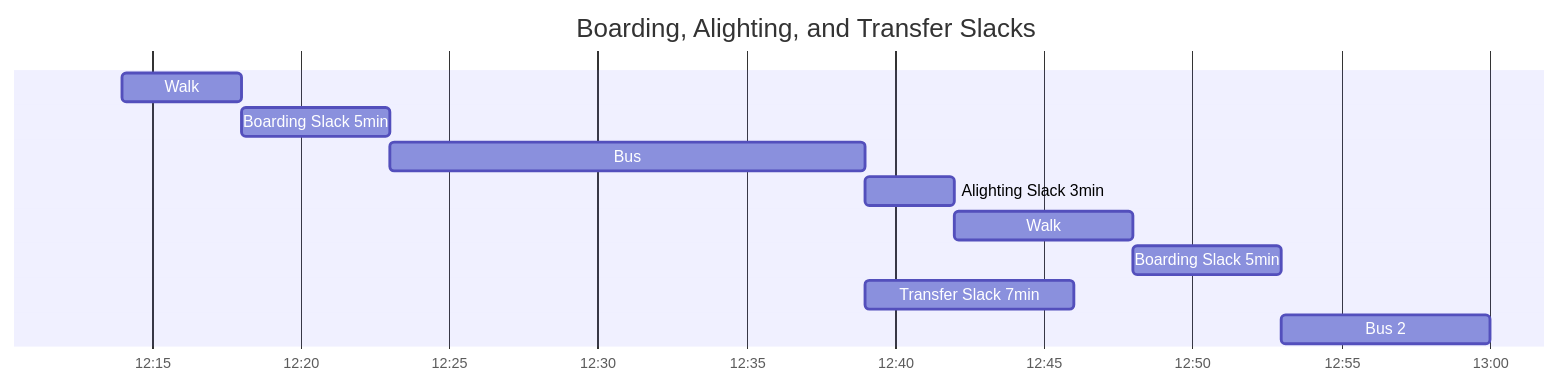
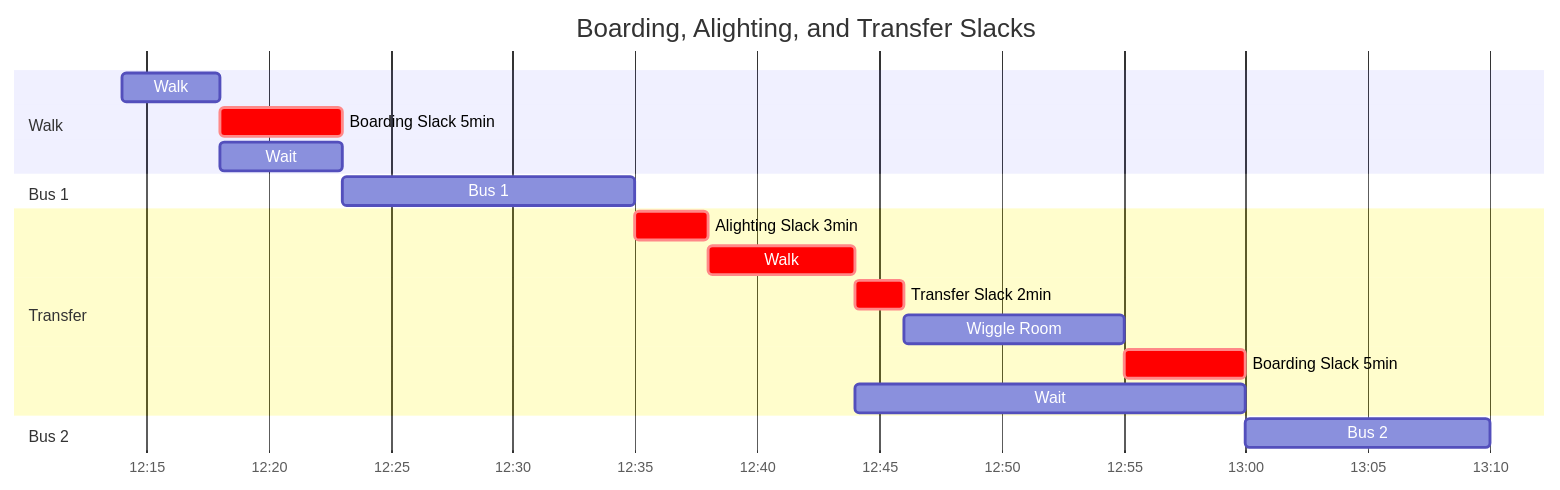
Before and after one commit to ibi-group/otp-middleware: the third of 4 diagrams in docs/trip-monitoring.md, drawn with Mermaid. The commit also changed other lines of this file, not shown here.

Commit message:
docs(trip-monitoring): Improve section on slacks

````diff
--- a/docs/trip-monitoring.md
+++ b/docs/trip-monitoring.md
@@ -239,14 +246,21 @@
 ```mermaid
 gantt
     title Boarding, Alighting, and Transfer Slacks
     dateFormat HH:mm
     axisFormat %H:%M
-    Walk : 12:14, 12:18
-    Boarding Slack 5min : 5m
-    Bus: 12:23, 12:39
-    Alighting Slack 3min : 3m
-    Walk : 6m
-    Boarding Slack 5min: 5m
-    Transfer Slack 7min: 12:39, 12:46
-    Bus 2: 12:53, 13:00
+    section Walk
+        Walk: 12:14, 12:18
+        Boarding Slack 5min: crit, 5m
+        Wait: 12:18, 12:23
+    section Bus 1
+        Bus 1: 12:23, 12:35
+    section Transfer
+        Alighting Slack 3min: crit, 3m
+        Walk: crit, 6m
+        Transfer Slack 2min: crit, 2m
+        Wiggle Room: 12:46, 12:55
+        Boarding Slack 5min: crit, 12:55, 13:00
+    Wait: 12:44, 13:00
+    section Bus 2
+        Bus 2: 13:00, 13:10
 ```
````
